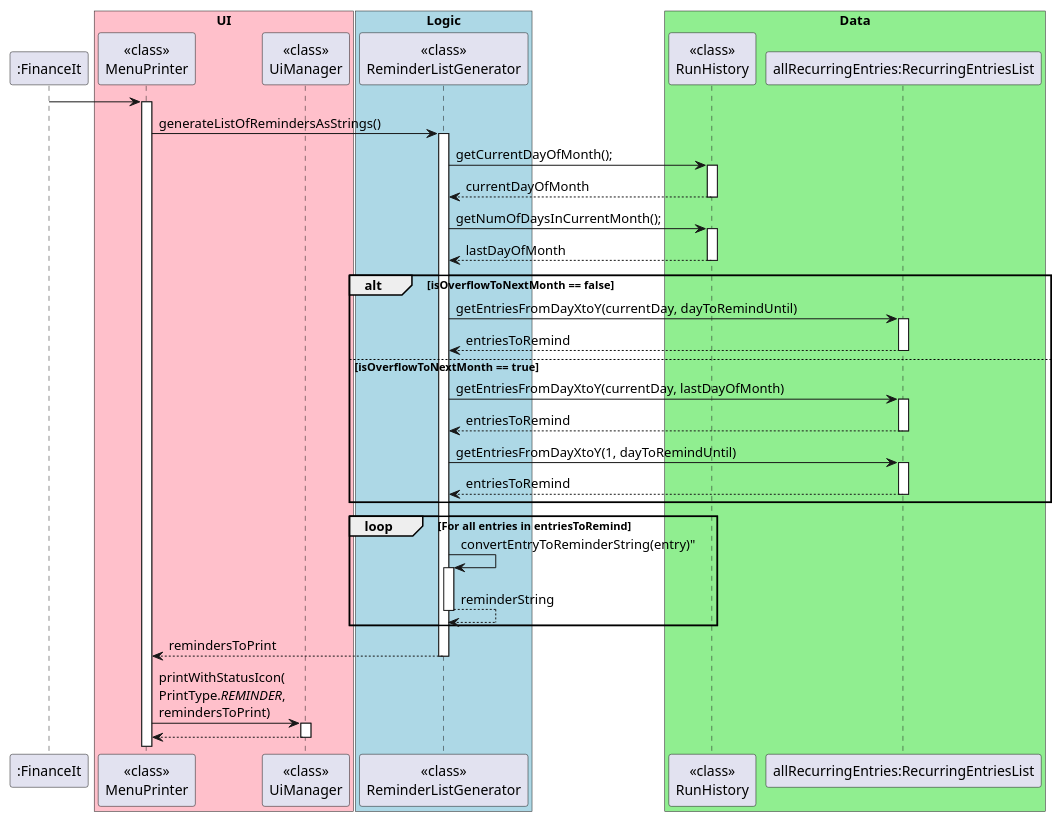
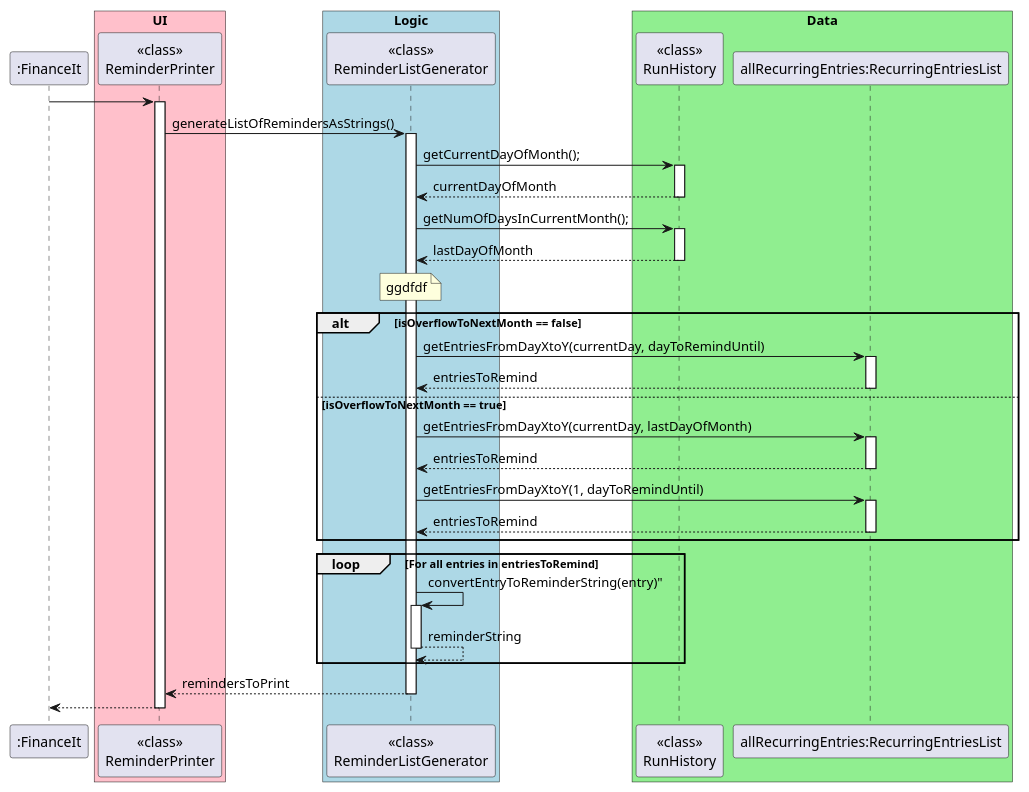
One commit to nus-cs2113-AY2021S1/tp changed the diagram in docs/diagrams/recurringtracker/reminderSeqDiagram.puml. Above: the diagram before and after it, drawn with PlantUML. The commit also changed 5 other files, not shown here.

Commit message:
Improve UML diagrams for Logic, data, handler

```diff
--- a/docs/diagrams/recurringtracker/reminderSeqDiagram.puml
+++ b/docs/diagrams/recurringtracker/reminderSeqDiagram.puml
@@ -1,43 +1,42 @@
 @startuml
 autoactivate on
 
-":FinanceIt" -> "<<class>>\nMenuPrinter"
-    "<<class>>\nMenuPrinter" -> "<<class>>\nReminderListGenerator": generateListOfRemindersAsStrings()
+":FinanceIt" -> "<<class>>\nReminderPrinter"
+    "<<class>>\nReminderPrinter" -> "<<class>>\nReminderListGenerator": generateListOfRemindersAsStrings()
         "<<class>>\nReminderListGenerator" -> "<<class>>\nRunHistory": getCurrentDayOfMonth();
         return currentDayOfMonth
         "<<class>>\nReminderListGenerator" -> "<<class>>\nRunHistory": getNumOfDaysInCurrentMonth();
         return lastDayOfMonth
 
+        note over "<<class>>\nReminderListGenerator": ggdfdf
         alt isOverflowToNextMonth == false
             "<<class>>\nReminderListGenerator" -> "allRecurringEntries:RecurringEntriesList": getEntriesFromDayXtoY(currentDay, dayToRemindUntil)
             return entriesToRemind
         else isOverflowToNextMonth == true
             "<<class>>\nReminderListGenerator" -> "allRecurringEntries:RecurringEntriesList": getEntriesFromDayXtoY(currentDay, lastDayOfMonth)
             return entriesToRemind
              "<<class>>\nReminderListGenerator" -> "allRecurringEntries:RecurringEntriesList": getEntriesFromDayXtoY(1, dayToRemindUntil)
             return entriesToRemind
         end
 
         loop For all entries in entriesToRemind
         "<<class>>\nReminderListGenerator" -> "<<class>>\nReminderListGenerator": convertEntryToReminderString(entry)"
         return reminderString
 
         end
     return remindersToPrint
-    "<<class>>\nMenuPrinter" -> "<<class>>\nUiManager": printWithStatusIcon(\nPrintType.//REMINDER//, \nremindersToPrint)
 return
 
 box "UI" #Pink
-participant "<<class>>\nMenuPrinter"
-participant "<<class>>\nUiManager"
+participant "<<class>>\nReminderPrinter"
 endbox
 
 box "Logic" #LightBlue
 participant "<<class>>\nReminderListGenerator"
 endbox
 
 box "Data" #LightGreen
 participant "<<class>>\nRunHistory"
 participant "allRecurringEntries:RecurringEntriesList"
 endbox
 @enduml
```
